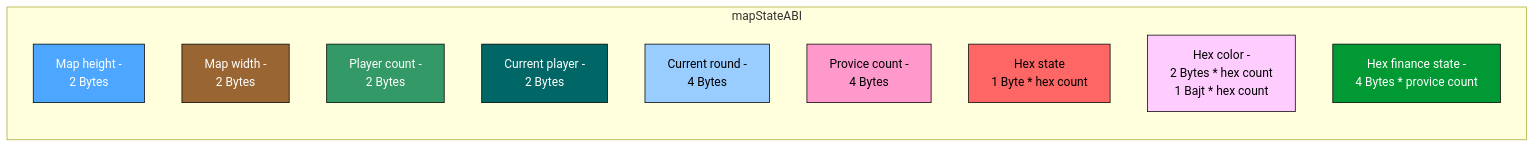
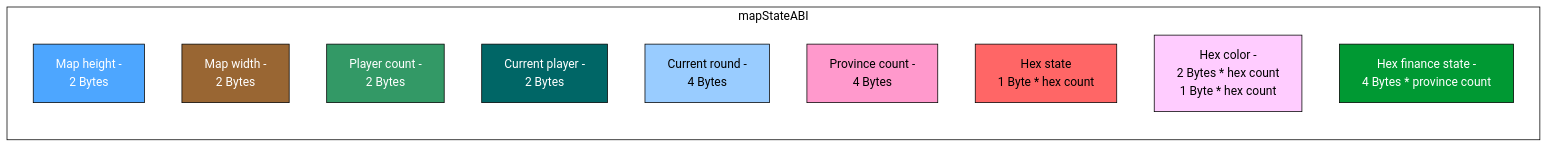
One commit to Kseroten1/Multiyoy changed the first of 3 diagrams in readme.md. Above: the diagram before and after it, drawn with Mermaid. The commit also changed other lines of this file, not shown here.

Commit message:
test generate map

````diff
--- a/readme.md
+++ b/readme.md
@@ -4,24 +4,25 @@
 ```mermaid
 flowchart LR
     subgraph mapStateABI
         A[Map height - <br> 2 Bytes]:::blue
         B[Map width - <br> 2 Bytes]:::brown
         C[Player count - <br> 2 Bytes]:::green
         D[Current player - <br> 2 Bytes]:::teal
         E[Current round - <br> 4 Bytes]:::lightblue
-        F[Provice count - <br> 4 Bytes]:::pink
+        F[Province count - <br> 4 Bytes]:::pink
         G[Hex state <br> 1 Byte * hex count]:::red
-        H[Hex color - <br> 2 Bytes * hex count <br> 1 Bajt * hex count]:::violet
-        I[Hex finance state - <br> 4 Bytes * provice count]:::darkgreen
+        H[Hex color - <br> 2 Bytes * hex count <br> 1 Byte * hex count]:::violet
+        I[Hex finance state - <br> 4 Bytes * province count]:::darkgreen
     end
 
     classDef blue fill:#4da6ff,stroke:#000,color:#fff;
     classDef brown fill:#996633,stroke:#000,color:#fff;
     classDef green fill:#339966,stroke:#000,color:#fff;
     classDef teal fill:#006666,stroke:#000,color:#fff;
     classDef lightblue fill:#99ccff,stroke:#000,color:#000;
     classDef pink fill:#ff99cc,stroke:#000,color:#000;
     classDef red fill:#ff6666,stroke:#000,color:#000;
     classDef violet fill:#ffccff,stroke:#000,color:#000;
     classDef darkgreen fill:#009933,stroke:#000,color:#fff;
+    style mapStateABI fill:#ffffff,stroke:#000,stroke-width:1px,color:#000;
 ```
````
